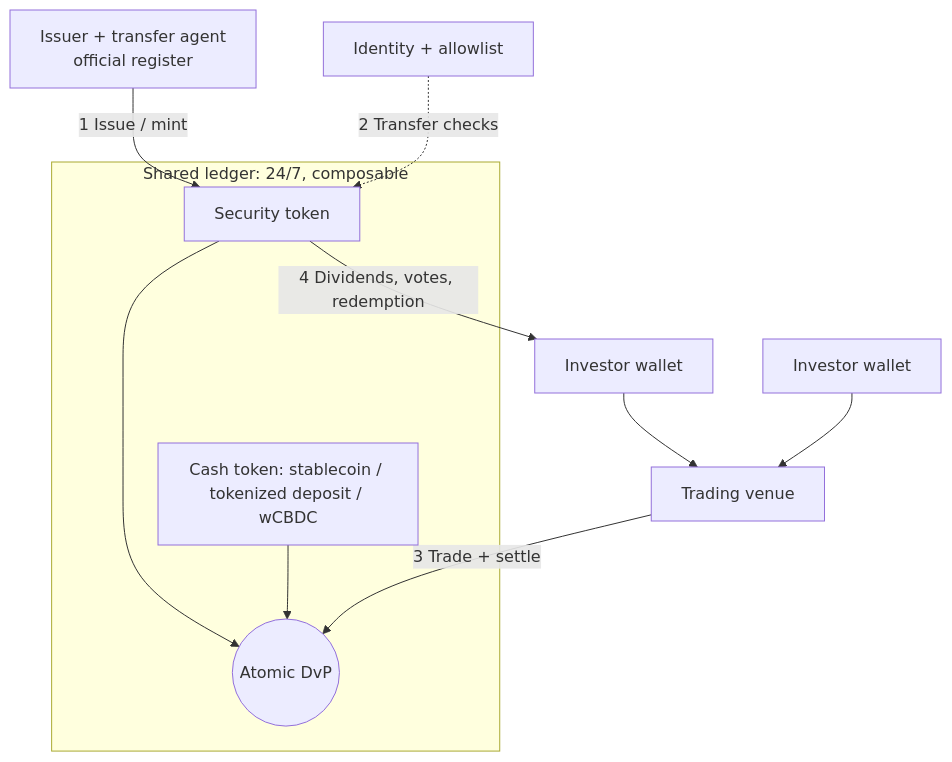
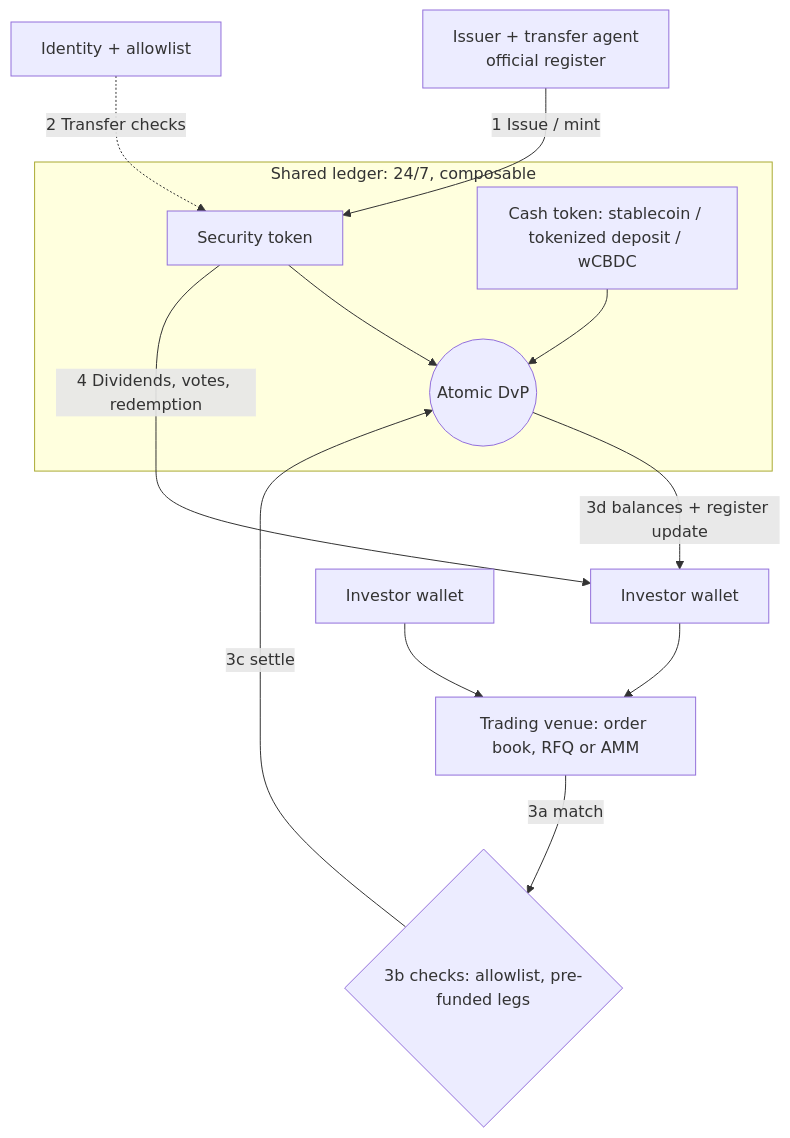
Before and after one commit to edyavno/edstokenizedsecuritiesrails: the diagram in content/overview.md, drawn with Mermaid. The commit also changed other lines of this file and 5 other files, not shown here.

Commit message:
Overview: expanded trade + settle (3a-3d), final diagram A with responsive mobile version, README lead

````diff
--- a/content/overview.md
+++ b/content/overview.md
@@ -56,13 +70,15 @@
 ```mermaid
 flowchart TB
   I[Issuer + transfer agent<br/>official register] -->|1 Issue / mint| T[Security token]
   K[Identity + allowlist] -.->|2 Transfer checks| T
   subgraph L[Shared ledger: 24/7, composable]
     T --> D((Atomic DvP))
     C[Cash token: stablecoin / tokenized deposit / wCBDC] --> D
   end
-  A[Investor wallet] --> V[Trading venue]
+  A[Investor wallet] --> V[Trading venue: order book, RFQ or AMM]
   B[Investor wallet] --> V
-  V -->|3 Trade + settle| D
+  V -->|3a match| P{3b checks: allowlist, pre-funded legs}
+  P -->|3c settle| D
+  D -->|3d balances + register update| A
   T -->|4 Dividends, votes, redemption| A
 ```
````
